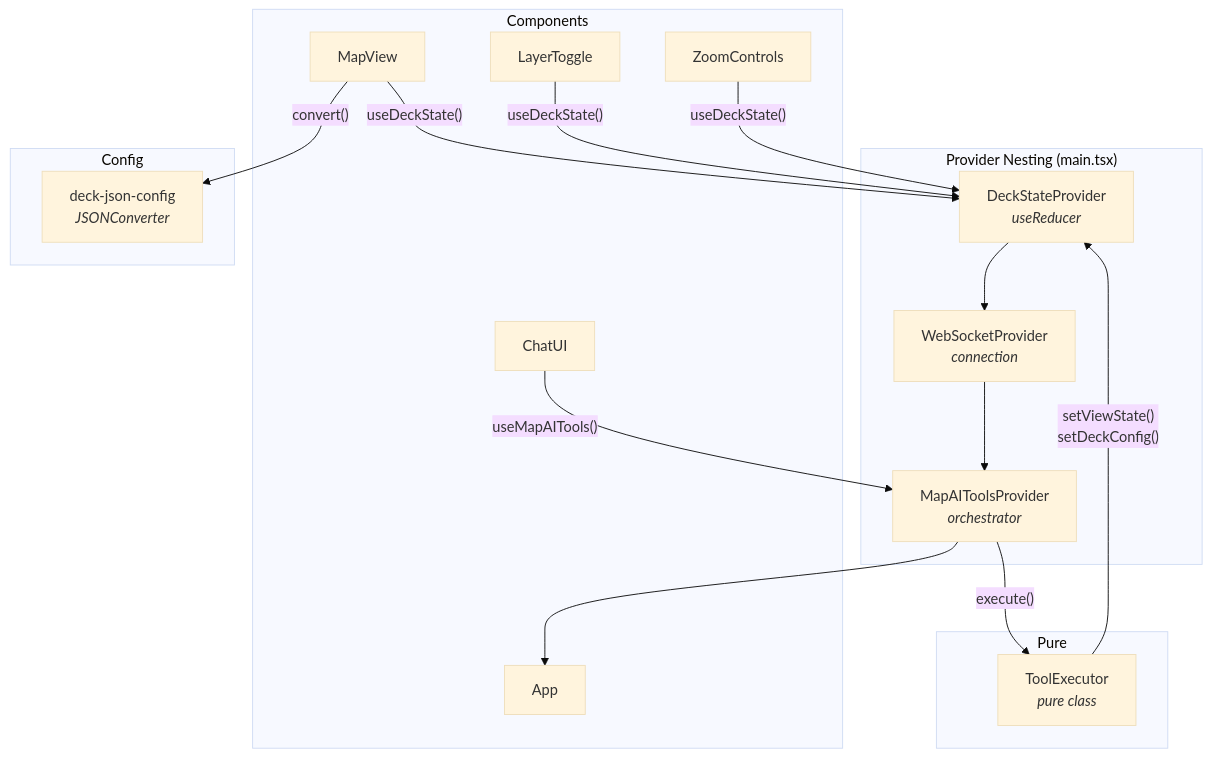
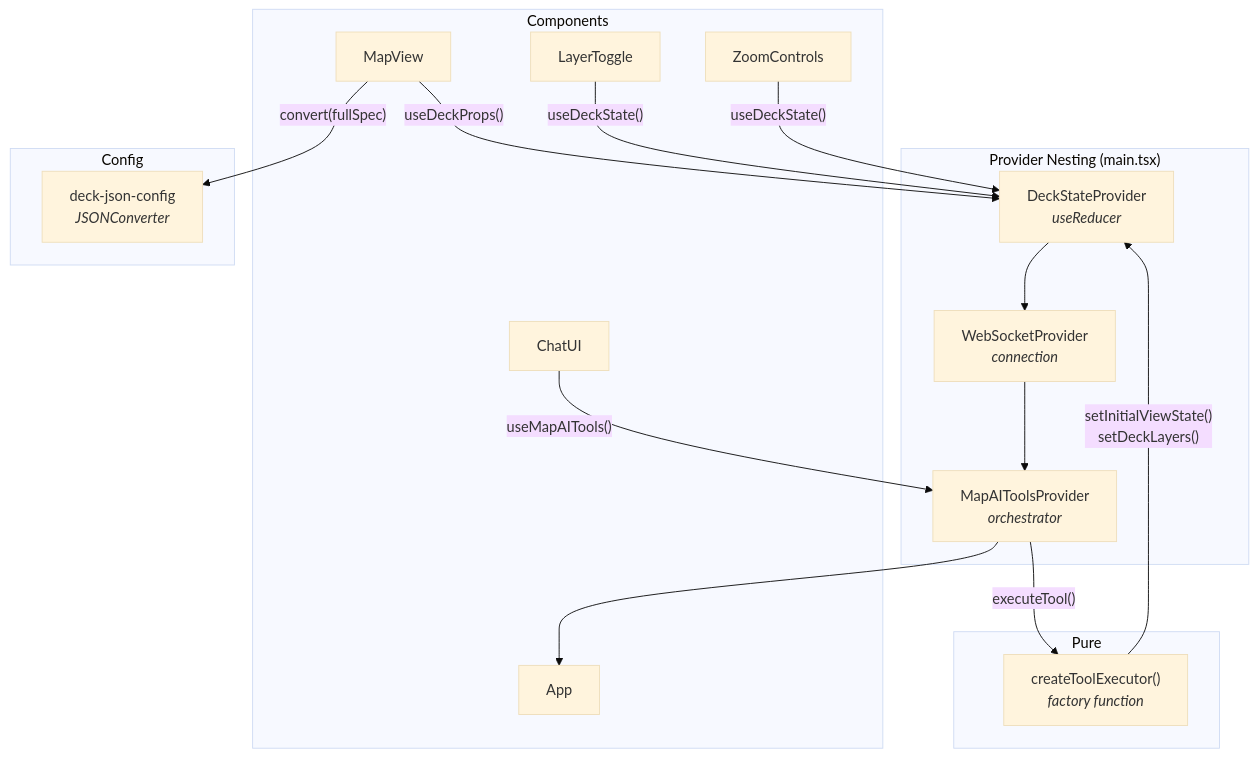
One commit to CartoDB/carto-agentic-deckgl changed the diagram in frontend-integration/react/README.md. Above: the diagram before and after it, drawn with Mermaid (base theme). The commit also changed other lines of this file and 20 other files, not shown here.

First line of the commit message:
Refactor DeckState to use unified DeckSpec structure

````diff
--- a/frontend-integration/react/README.md
+++ b/frontend-integration/react/README.md
@@ -136,37 +136,37 @@
 ```mermaid
 graph TB
     subgraph Providers ["Provider Nesting (main.tsx)"]
         DeckStateProvider["DeckStateProvider<br/><i>useReducer</i>"]
         WebSocketProvider["WebSocketProvider<br/><i>connection</i>"]
         MapAIToolsProvider["MapAIToolsProvider<br/><i>orchestrator</i>"]
     end
 
     subgraph Components
         App["App"]
         MapView["MapView"]
         ChatUI["ChatUI"]
         LayerToggle["LayerToggle"]
         ZoomControls["ZoomControls"]
     end
 
     subgraph Pure
-        ToolExec["ToolExecutor<br/><i>pure class</i>"]
+        ToolExec["createToolExecutor()<br/><i>factory function</i>"]
     end
 
     subgraph Config
         JSONConfig["deck-json-config<br/><i>JSONConverter</i>"]
     end
 
     DeckStateProvider --> WebSocketProvider
     WebSocketProvider --> MapAIToolsProvider
     MapAIToolsProvider --> App
 
     ChatUI -->|"useMapAITools()"| MapAIToolsProvider
-    MapView -->|"useDeckState()"| DeckStateProvider
+    MapView -->|"useDeckProps()"| DeckStateProvider
     LayerToggle -->|"useDeckState()"| DeckStateProvider
     ZoomControls -->|"useDeckState()"| DeckStateProvider
 
-    MapAIToolsProvider -->|"execute()"| ToolExec
-    ToolExec -->|"setViewState()<br/>setDeckConfig()"| DeckStateProvider
-    MapView -->|"convert()"| JSONConfig
+    MapAIToolsProvider -->|"executeTool()"| ToolExec
+    ToolExec -->|"setInitialViewState()<br/>setDeckLayers()"| DeckStateProvider
+    MapView -->|"convert(fullSpec)"| JSONConfig
 ```
````
